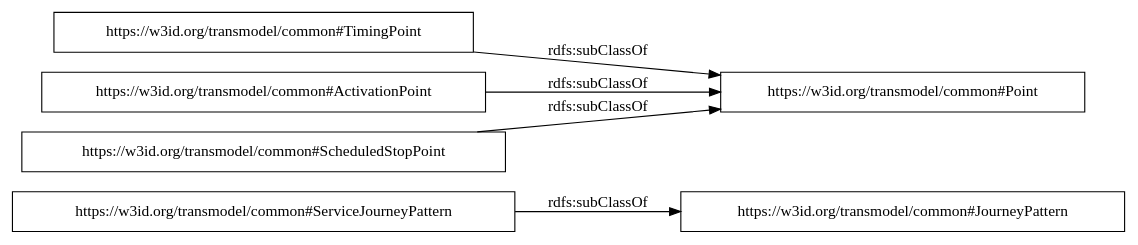
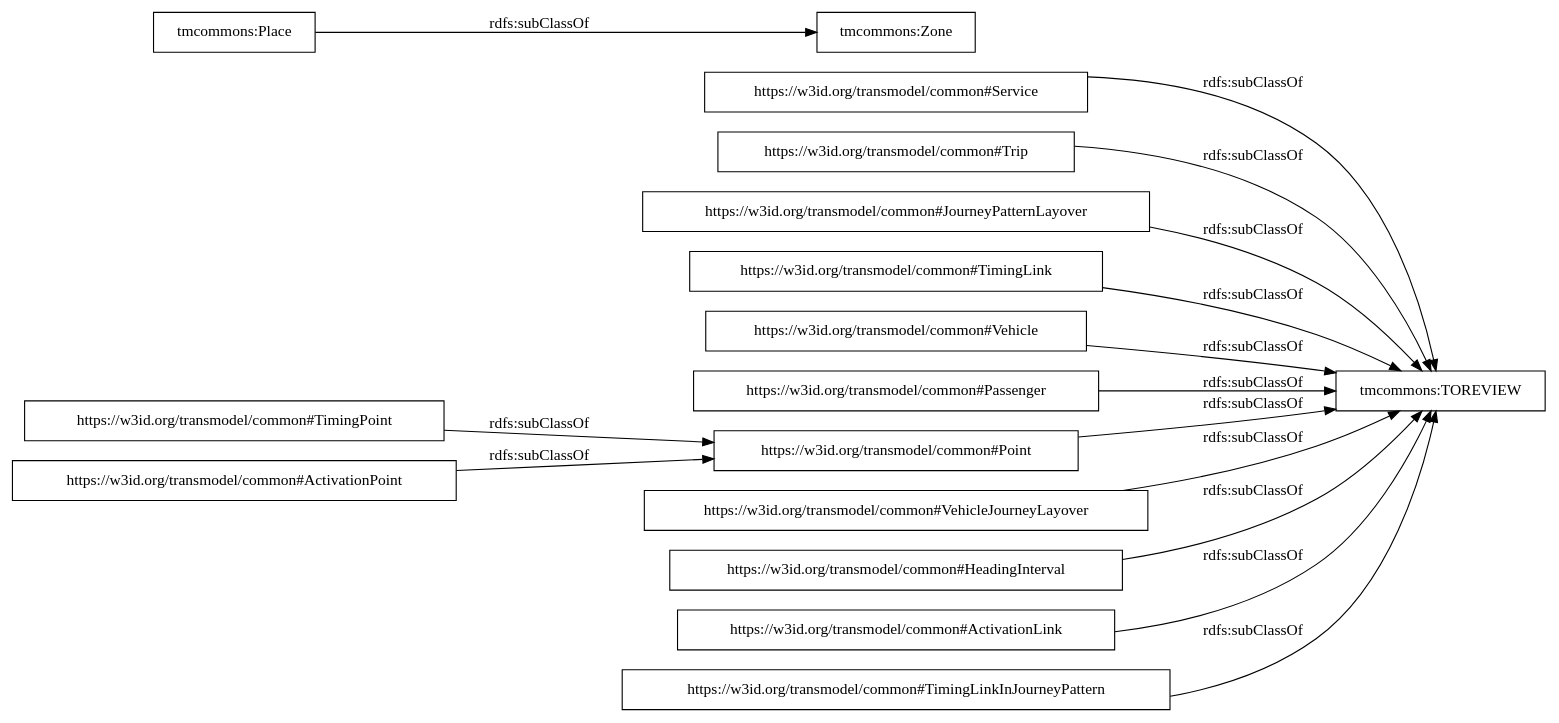
One commit to oeg-upm/transmodel-ontology changed the diagram in OnToology/ontology/tm-commons.owl/diagrams/ar2dtool-taxonomy/tm-commons.owl.png.dot. Above: the diagram before and after it, drawn with Graphviz. The commit also changed 27 other files, not shown here.

```diff
--- a/OnToology/ontology/tm-commons.owl/diagrams/ar2dtool-taxonomy/tm-commons.owl.png.dot
+++ b/OnToology/ontology/tm-commons.owl/diagrams/ar2dtool-taxonomy/tm-commons.owl.png.dot
@@ -1,10 +1,20 @@
 digraph ar2dtool_diagram { 
 rankdir=LR;
 size="1000"
-node [shape = rectangle, color="black"]; "https://w3id.org/transmodel/common#ServiceJourneyPattern" "https://w3id.org/transmodel/common#Point" "https://w3id.org/transmodel/common#TimingPoint" "https://w3id.org/transmodel/common#JourneyPattern" "https://w3id.org/transmodel/common#ActivationPoint" "https://w3id.org/transmodel/common#ScheduledStopPoint" ; /*classes style*/
-	"https://w3id.org/transmodel/common#ScheduledStopPoint" -> "https://w3id.org/transmodel/common#Point" [ label = "rdfs:subClassOf" ];
+node [shape = rectangle, color="black"]; "https://w3id.org/transmodel/common#Service" "https://w3id.org/transmodel/common#Trip" "https://w3id.org/transmodel/common#JourneyPatternLayover" "https://w3id.org/transmodel/common#TimingLink" "https://w3id.org/transmodel/common#Vehicle" "https://w3id.org/transmodel/common#Passenger" "https://w3id.org/transmodel/common#Point" "tmcommons:Zone" "https://w3id.org/transmodel/common#VehicleJourneyLayover" "https://w3id.org/transmodel/common#HeadingInterval" "https://w3id.org/transmodel/common#TimingPoint" "tmcommons:TOREVIEW" "tmcommons:Place" "https://w3id.org/transmodel/common#ActivationLink" "https://w3id.org/transmodel/common#ActivationPoint" "https://w3id.org/transmodel/common#TimingLinkInJourneyPattern" ; /*classes style*/
+	"https://w3id.org/transmodel/common#TimingPoint" -> "https://w3id.org/transmodel/common#Point" [ label = "rdfs:subClassOf" ];
+	"https://w3id.org/transmodel/common#TimingLinkInJourneyPattern" -> "tmcommons:TOREVIEW" [ label = "rdfs:subClassOf" ];
+	"https://w3id.org/transmodel/common#JourneyPatternLayover" -> "tmcommons:TOREVIEW" [ label = "rdfs:subClassOf" ];
+	"https://w3id.org/transmodel/common#ActivationLink" -> "tmcommons:TOREVIEW" [ label = "rdfs:subClassOf" ];
+	"tmcommons:Place" -> "tmcommons:Zone" [ label = "rdfs:subClassOf" ];
+	"https://w3id.org/transmodel/common#TimingLink" -> "tmcommons:TOREVIEW" [ label = "rdfs:subClassOf" ];
+	"https://w3id.org/transmodel/common#Vehicle" -> "tmcommons:TOREVIEW" [ label = "rdfs:subClassOf" ];
+	"https://w3id.org/transmodel/common#Point" -> "tmcommons:TOREVIEW" [ label = "rdfs:subClassOf" ];
+	"https://w3id.org/transmodel/common#Trip" -> "tmcommons:TOREVIEW" [ label = "rdfs:subClassOf" ];
+	"https://w3id.org/transmodel/common#VehicleJourneyLayover" -> "tmcommons:TOREVIEW" [ label = "rdfs:subClassOf" ];
+	"https://w3id.org/transmodel/common#Passenger" -> "tmcommons:TOREVIEW" [ label = "rdfs:subClassOf" ];
+	"https://w3id.org/transmodel/common#HeadingInterval" -> "tmcommons:TOREVIEW" [ label = "rdfs:subClassOf" ];
+	"https://w3id.org/transmodel/common#Service" -> "tmcommons:TOREVIEW" [ label = "rdfs:subClassOf" ];
 	"https://w3id.org/transmodel/common#ActivationPoint" -> "https://w3id.org/transmodel/common#Point" [ label = "rdfs:subClassOf" ];
-	"https://w3id.org/transmodel/common#ServiceJourneyPattern" -> "https://w3id.org/transmodel/common#JourneyPattern" [ label = "rdfs:subClassOf" ];
-	"https://w3id.org/transmodel/common#TimingPoint" -> "https://w3id.org/transmodel/common#Point" [ label = "rdfs:subClassOf" ];
 
 }
```
